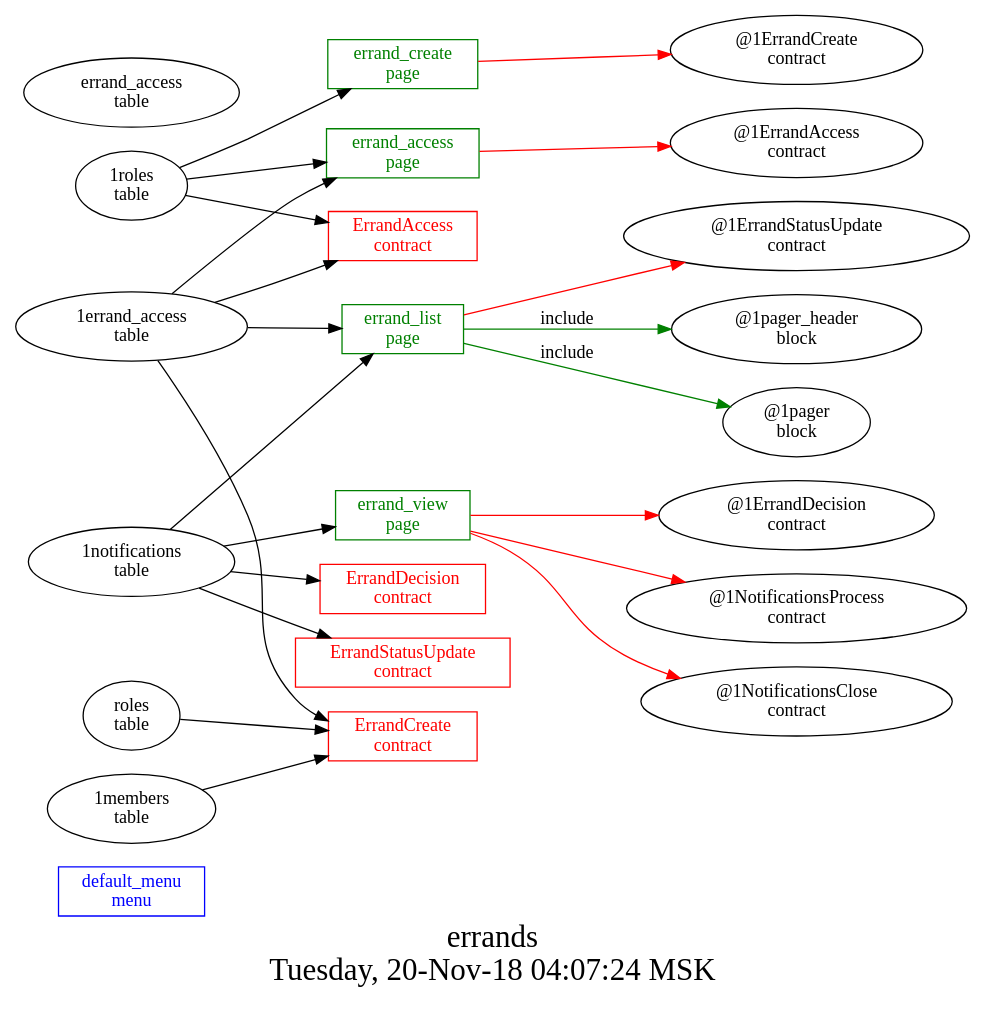
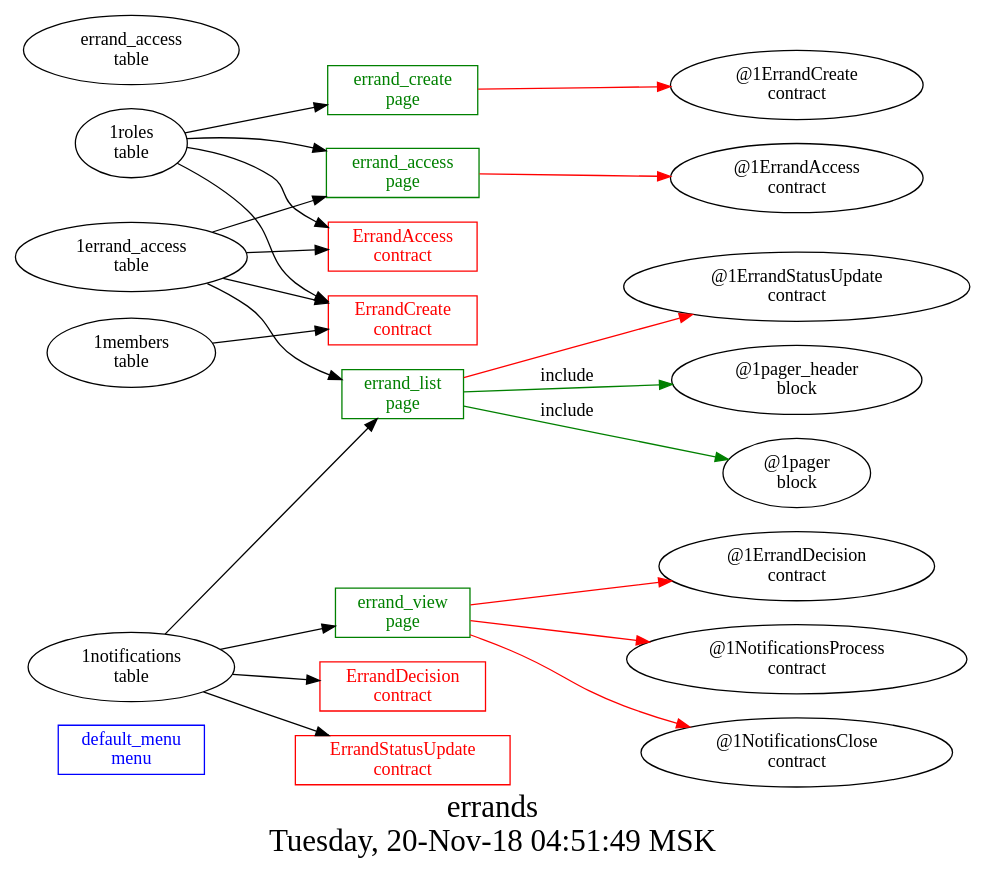
One commit to AlexZeDim/apps changed the diagram in src/errands/struct.dot. Above: the diagram before and after it, drawn with Graphviz. The commit also changed 2 other files, not shown here.

```diff
--- a/src/errands/struct.dot
+++ b/src/errands/struct.dot
@@ -1,41 +1,41 @@
 digraph G {
 graph [
   fontsize="24";
-  label="errands\nTuesday, 20-Nov-18 04:07:24 MSK";
+  label="errands\nTuesday, 20-Nov-18 04:51:49 MSK";
   nojustify=true;
   ordering=out;
   rankdir=LR;
   size="30";
 ];
 "default_menu\nmenu" [color=blue, fontcolor=blue, group=menus, shape=record];
 "errand_access\npage" -> "@1ErrandAccess\ncontract"  [ color=red ]
 "1roles\ntable" -> "errand_access\npage"
 "1errand_access\ntable" -> "errand_access\npage"
 "errand_access\npage" [color=green, fontcolor=green, group=pages, shape=record];
 "errand_create\npage" -> "@1ErrandCreate\ncontract"  [ color=red ]
 "1roles\ntable" -> "errand_create\npage"
 "errand_create\npage" [color=green, fontcolor=green, group=pages, shape=record];
 "errand_list\npage" -> "@1ErrandStatusUpdate\ncontract"  [ color=red ]
 "1errand_access\ntable" -> "errand_list\npage"
 "1notifications\ntable" -> "errand_list\npage"
 "errand_list\npage" -> "@1pager_header\nblock"  [ color=green, label=include ]
 "errand_list\npage" -> "@1pager\nblock"  [ color=green, label=include ]
 "errand_list\npage" [color=green, fontcolor=green, group=pages, shape=record];
 "errand_view\npage" -> "@1ErrandDecision\ncontract"  [ color=red ]
 "errand_view\npage" -> "@1NotificationsProcess\ncontract"  [ color=red ]
 "errand_view\npage" -> "@1NotificationsClose\ncontract"  [ color=red ]
 "1notifications\ntable" -> "errand_view\npage"
 "errand_view\npage" [color=green, fontcolor=green, group=pages, shape=record];
 "1roles\ntable" -> "ErrandAccess\ncontract"
 "1errand_access\ntable" -> "ErrandAccess\ncontract"
 "ErrandAccess\ncontract" [color=red, fontcolor=red, group=contracts, shape=record];
 "1errand_access\ntable" -> "ErrandCreate\ncontract"
-"roles\ntable" -> "ErrandCreate\ncontract"
+"1roles\ntable" -> "ErrandCreate\ncontract"
 "1members\ntable" -> "ErrandCreate\ncontract"
 "ErrandCreate\ncontract" [color=red, fontcolor=red, group=contracts, shape=record];
 "1notifications\ntable" -> "ErrandDecision\ncontract"
 "ErrandDecision\ncontract" [color=red, fontcolor=red, group=contracts, shape=record];
 "1notifications\ntable" -> "ErrandStatusUpdate\ncontract"
 "ErrandStatusUpdate\ncontract" [color=red, fontcolor=red, group=contracts, shape=record];
 "errand_access\ntable" [color="", fontcolor="", group=tables, shape=""];
 }
```
